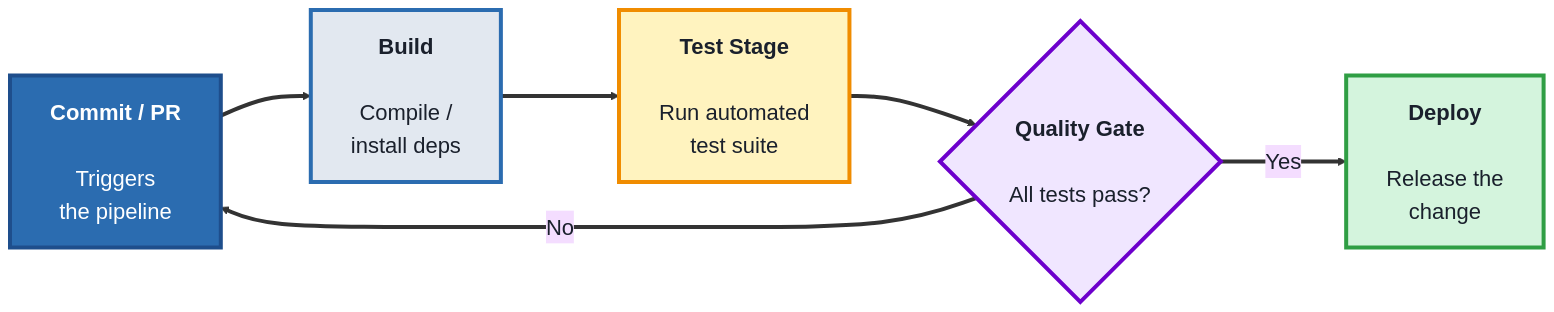
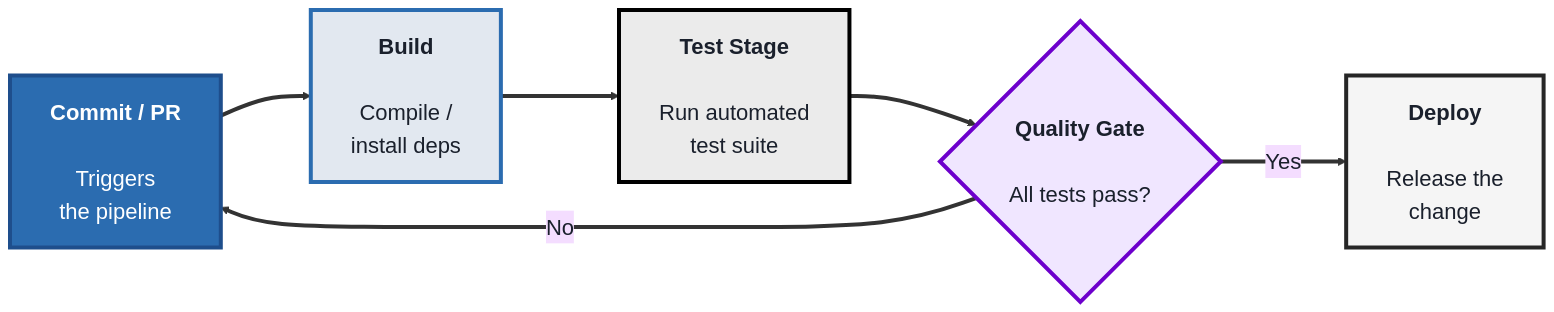
Before and after one commit to SHEMODELTECH/shemodeltech: the first of 3 diagrams in src/Pages/courses/TechQA/module-8-cicd-testing.md, drawn with Mermaid. The commit also changed other lines of this file and 46 other files, not shown here.

````diff
--- a/src/Pages/courses/TechQA/module-8-cicd-testing.md
+++ b/src/Pages/courses/TechQA/module-8-cicd-testing.md
@@ -19,20 +19,20 @@
 ```mermaid
 %%{init: {'theme':'base', 'themeVariables': {'fontSize':'22px', 'primaryTextColor':'#1a202c', 'primaryBorderColor':'#1e4e8c', 'lineColor':'#333333'}, 'flowchart': {'nodeSpacing': 70, 'rankSpacing': 90, 'padding': 20}}}%%
 flowchart LR
     C["<b>Commit / PR</b><br/><br/>Triggers<br/>the pipeline"]
     B["<b>Build</b><br/><br/>Compile /<br/>install deps"]
     T["<b>Test Stage</b><br/><br/>Run automated<br/>test suite"]
     G{"<b>Quality Gate</b><br/><br/>All tests pass?"}
     D["<b>Deploy</b><br/><br/>Release the<br/>change"]
 
     C ==> B ==> T ==> G
     G ==>|Yes| D
     G ==>|No| C
 
     style C fill:#2b6cb0,color:#fff,stroke:#1e4e8c,stroke-width:4px
     style B fill:#e2e8f0,color:#1a202c,stroke:#2b6cb0,stroke-width:4px
-    style T fill:#fff3bf,color:#1a202c,stroke:#f08c00,stroke-width:4px
+    style T fill:#EBEBEB,color:#1a202c,stroke:#000000,stroke-width:4px
     style G fill:#f0e6ff,color:#1a202c,stroke:#6d00cc,stroke-width:4px
-    style D fill:#d4f4dd,color:#1a202c,stroke:#2f9e44,stroke-width:4px
+    style D fill:#F5F5F5,color:#1a202c,stroke:#262626,stroke-width:4px
     linkStyle default stroke-width:4px,stroke:#333333
 ```
````
